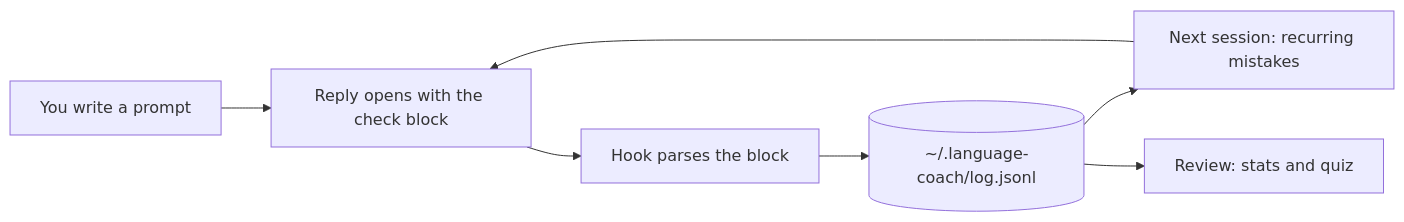
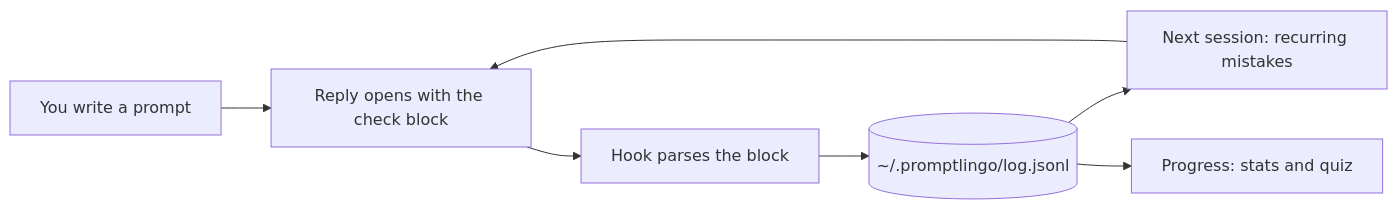
Before and after one commit to meth0xy/promptlingo: the diagram in README.md, drawn with Mermaid. The commit also changed other lines of this file and 7 other files, not shown here.

Commit message:
feat: rename project to PromptLingo and the review command to progress

````diff
--- a/README.md
+++ b/README.md
@@ -264,9 +264,9 @@
 ```mermaid
 flowchart LR
     A[You write a prompt] --> B[Reply opens with the check block]
     B --> C[Hook parses the block]
-    C --> D[(~/.language-coach/log.jsonl)]
+    C --> D[(~/.promptlingo/log.jsonl)]
     D --> E[Next session: recurring mistakes]
     E --> B
-    D --> F[Review: stats and quiz]
+    D --> F[Progress: stats and quiz]
 ```
````
